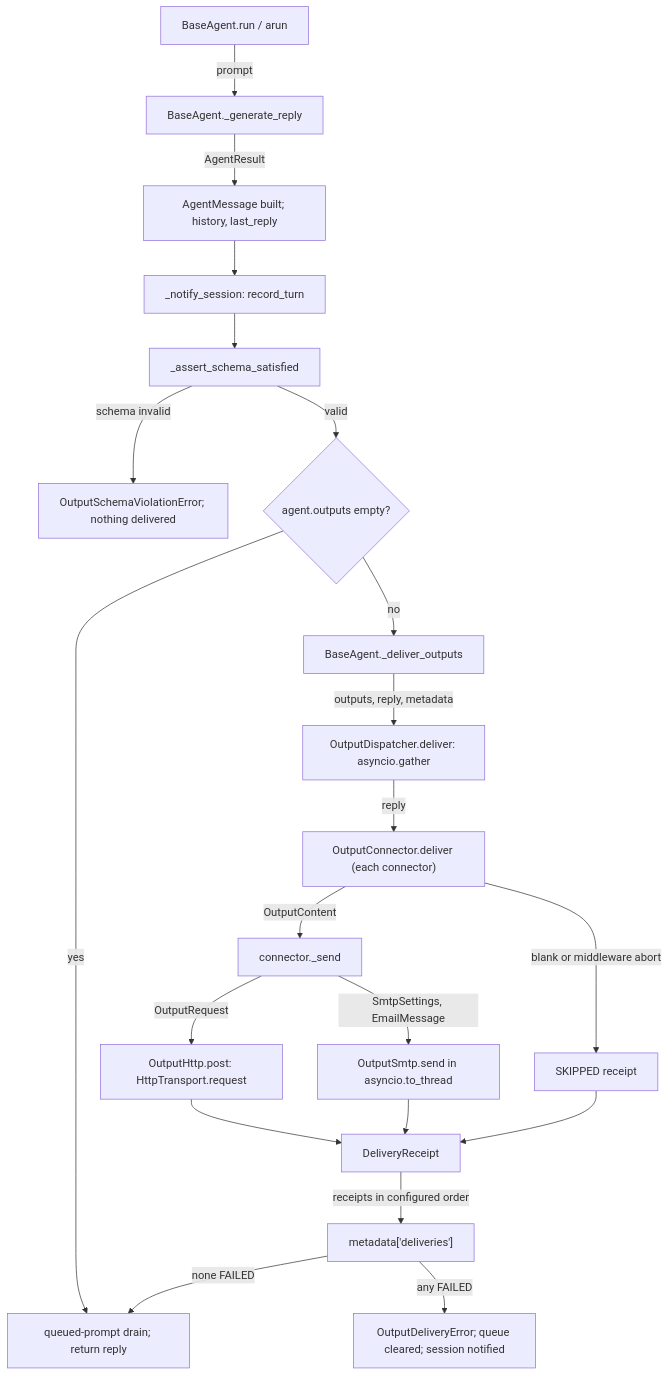
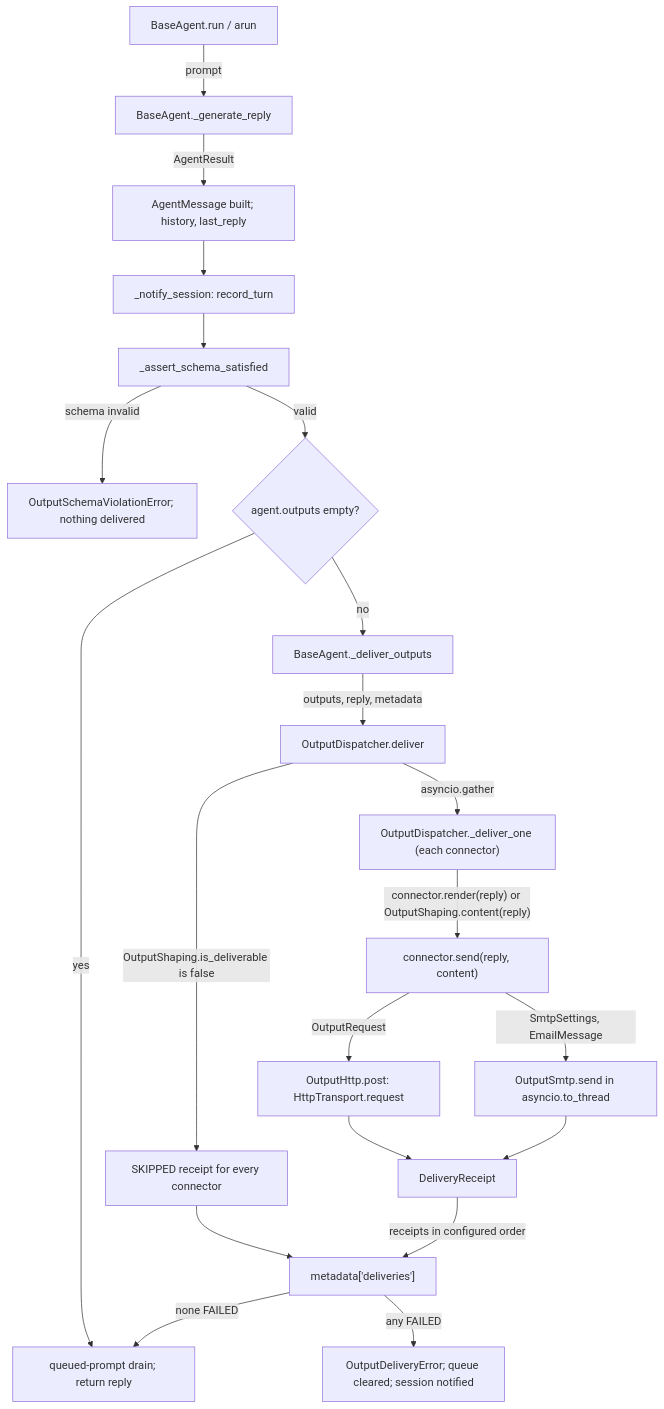
One commit to cerredz/Vidbyte-SDK changed the first of 2 diagrams in docs/spec/agent-output-connectors/spec.md. Above: the diagram before and after it, drawn with Mermaid. The commit also changed other lines of this file and 1 other file, not shown here.

First line of the commit message:
docs(spec): revise agent-output-connectors spec r2 (S1 review round 1)

````diff
--- a/docs/spec/agent-output-connectors/spec.md
+++ b/docs/spec/agent-output-connectors/spec.md
@@ -127,23 +132,23 @@
 ```mermaid
 flowchart TD
   A["BaseAgent.run / arun"] -->|prompt| B["BaseAgent._generate_reply"]
   B -->|AgentResult| C["AgentMessage built; history, last_reply"]
   C --> D["_notify_session: record_turn"]
   D --> E["_assert_schema_satisfied"]
   E -->|schema invalid| X["OutputSchemaViolationError; nothing delivered"]
   E -->|valid| F{"agent.outputs empty?"}
   F -->|yes| Q["queued-prompt drain; return reply"]
   F -->|no| G["BaseAgent._deliver_outputs"]
-  G -->|outputs, reply, metadata| H["OutputDispatcher.deliver: asyncio.gather"]
-  H -->|reply| I["OutputConnector.deliver (each connector)"]
-  I -->|blank or middleware abort| S["SKIPPED receipt"]
-  I -->|OutputContent| J["connector._send"]
+  G -->|outputs, reply, metadata| H["OutputDispatcher.deliver"]
+  H -->|"OutputShaping.is_deliverable is false"| S["SKIPPED receipt for every connector"]
+  H -->|"asyncio.gather"| I["OutputDispatcher._deliver_one (each connector)"]
+  I -->|"connector.render(reply) or OutputShaping.content(reply)"| J["connector.send(reply, content)"]
   J -->|OutputRequest| K["OutputHttp.post: HttpTransport.request"]
   J -->|SmtpSettings, EmailMessage| L["OutputSmtp.send in asyncio.to_thread"]
   K --> R["DeliveryReceipt"]
   L --> R
-  S --> R
+  S --> M
   R -->|receipts in configured order| M["metadata['deliveries']"]
   M -->|any FAILED| N["OutputDeliveryError; queue cleared; session notified"]
   M -->|none FAILED| Q
 ```
````
